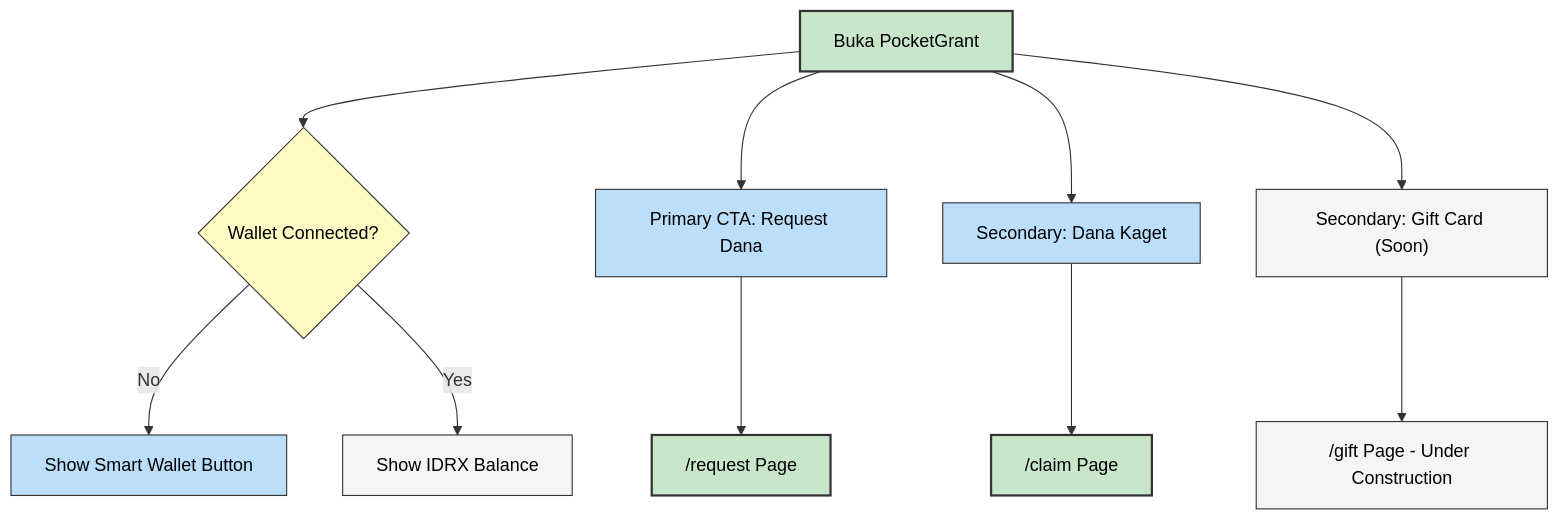
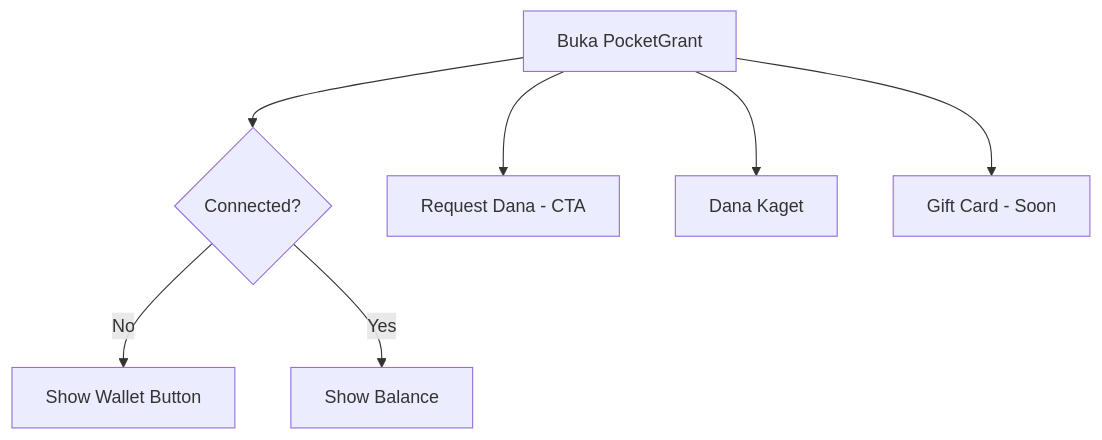
Before and after one commit to raflimulyarahman/PocketGrant: the sixth of 9 diagrams in WALKTHROUGH.md, drawn with Mermaid. The commit also changed other lines of this file, not shown here.

Commit message:
docs: Simplify mermaid diagrams and entity details in the walkthrough.

````diff
--- a/WALKTHROUGH.md
+++ b/WALKTHROUGH.md
@@ -261,20 +168,9 @@
 ```mermaid
 flowchart TD
-    classDef positive stroke:#333,stroke-width:2px,fill:#c8e6c9,color:#000
-    classDef actionNode stroke:#333,stroke-width:1px,fill:#bbdefb,color:#000
-    classDef decision stroke:#333,stroke-width:1px,fill:#fff9c4,color:#000
-    classDef infoNode stroke:#333,stroke-width:1px,fill:#f5f5f5,color:#000
-
-    A["Buka PocketGrant"]:::positive --> B{Wallet Connected?}:::decision
-    B -->|No| C["Show Smart Wallet Button"]:::actionNode
-    B -->|Yes| D["Show IDRX Balance"]:::infoNode
-
-    A --> E["Primary CTA: Request Dana"]:::actionNode
-    E --> F["/request Page"]:::positive
-
-    A --> G["Secondary: Dana Kaget"]:::actionNode
-    G --> H["/claim Page"]:::positive
-
-    A --> I["Secondary: Gift Card (Soon)"]:::infoNode
-    I --> J["/gift Page - Under Construction"]:::infoNode
+    A[Buka PocketGrant] --> B{Connected?}
+    B -->|No| C[Show Wallet Button]
+    B -->|Yes| D[Show Balance]
+    A --> E[Request Dana - CTA]
+    A --> F[Dana Kaget]
+    A --> G[Gift Card - Soon]
 ```
````
